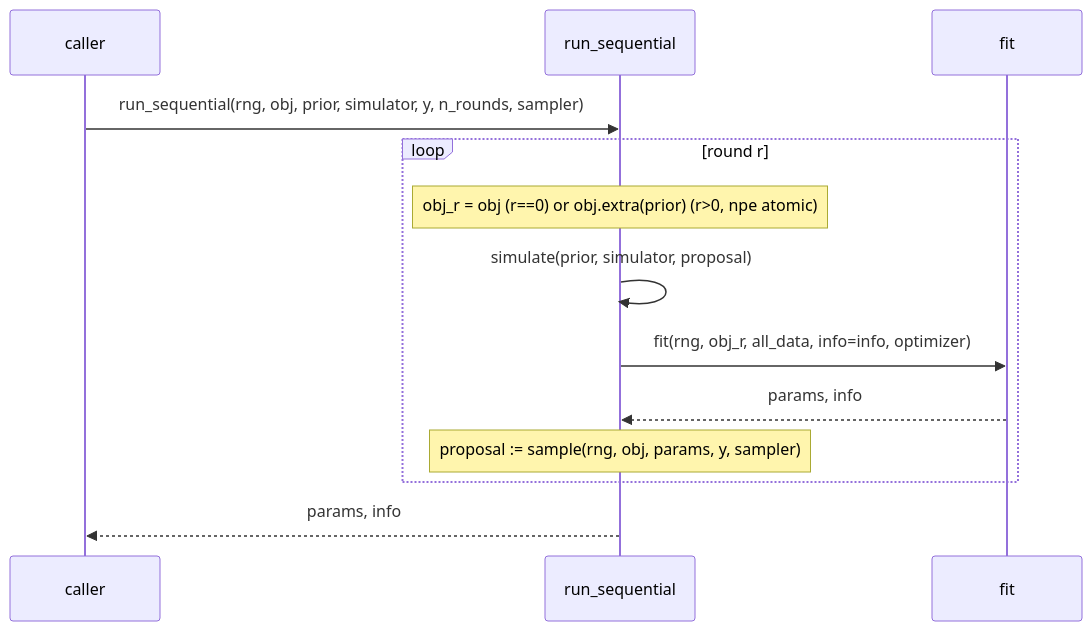
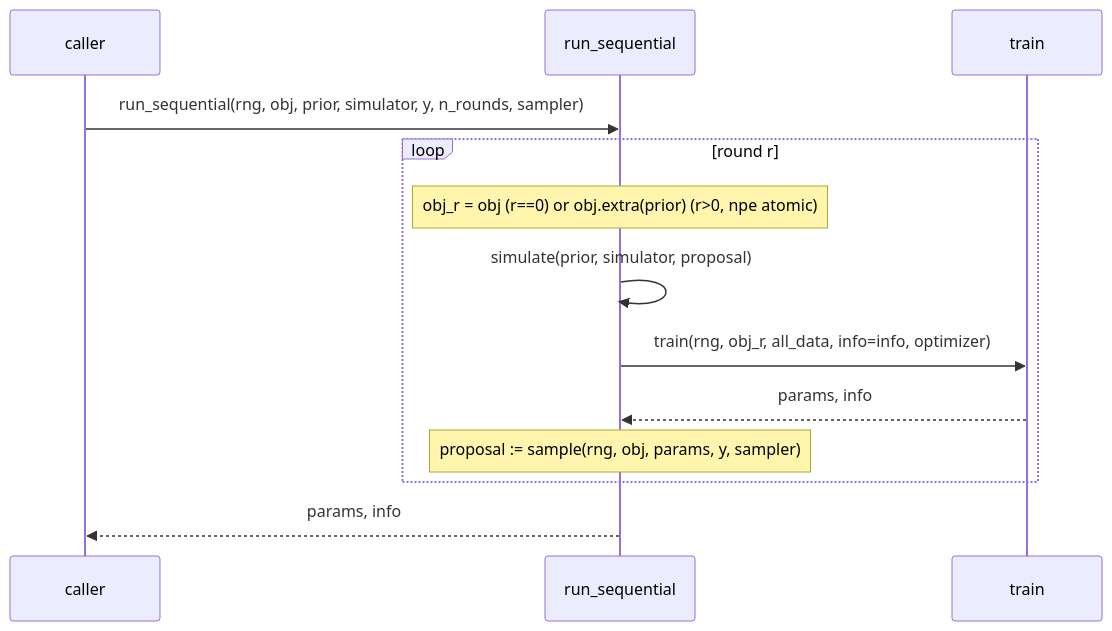
Before and after one commit to dirmeier/sbijax: the fifth of 5 diagrams in docs/design.rst, drawn with Mermaid. The commit also changed other lines of this file and 22 other files, not shown here.

Commit message:
refactor(sbijax)!: rename fit driver to train

```diff
--- a/docs/design.rst
+++ b/docs/design.rst
@@ -260,15 +260,15 @@
 .. mermaid::
 
     sequenceDiagram
       participant U as caller
       participant R as run_sequential
-      participant F as fit
+      participant F as train
       U->>R: run_sequential(rng, obj, prior, simulator, y, n_rounds, sampler)
       loop round r
         Note over R: obj_r = obj (r==0) or obj.extra(prior) (r>0, npe atomic)
         R->>R: simulate(prior, simulator, proposal)
-        R->>F: fit(rng, obj_r, all_data, info=info, optimizer)
+        R->>F: train(rng, obj_r, all_data, info=info, optimizer)
         F-->>R: params, info
         Note over R: proposal := sample(rng, obj, params, y, sampler)
       end
       R-->>U: params, info
```
